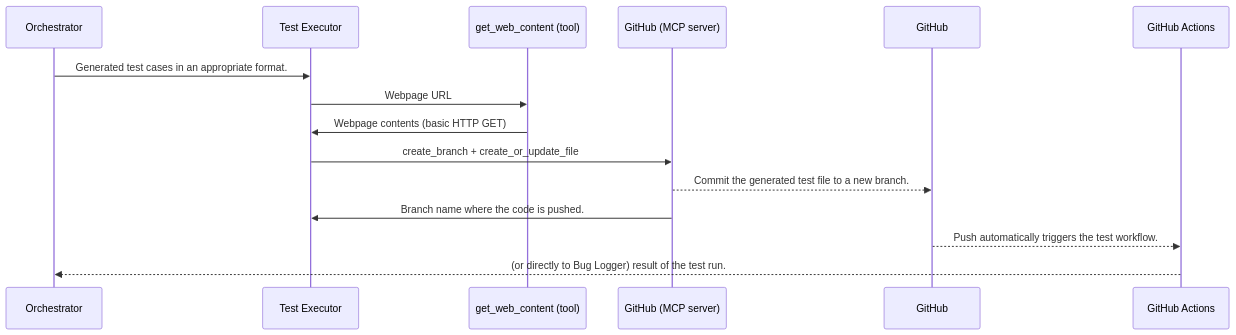
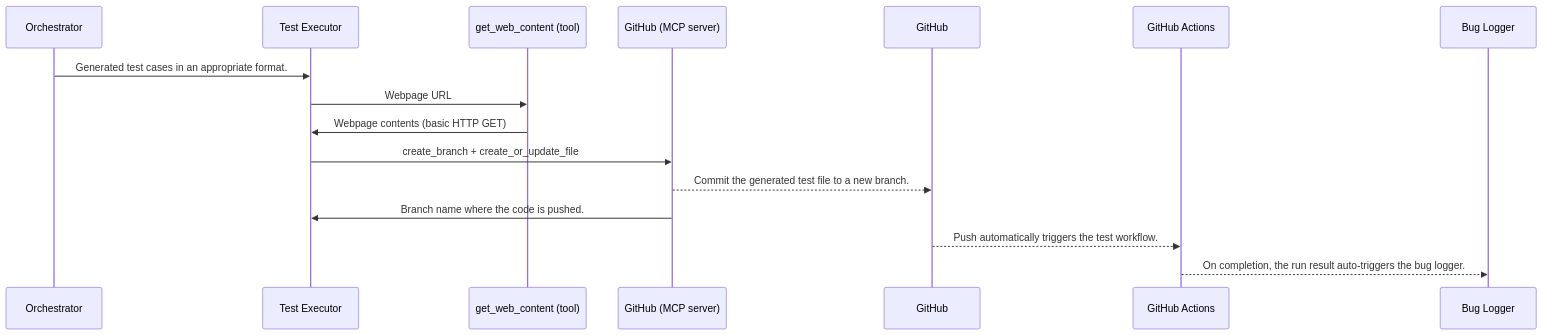
Before and after one commit to yashovardhan99/stlc-foundry-solution: the diagram in README.md, drawn with Mermaid. The commit also changed other lines of this file and 10 other files, not shown here.

````diff
--- a/README.md
+++ b/README.md
@@ -23,11 +23,11 @@
 ``` mermaid
 sequenceDiagram
     Orchestrator ->> Test Executor: Generated test cases in an appropriate format.
     Test Executor ->> get_web_content (tool): Webpage URL
     get_web_content (tool) ->> Test Executor: Webpage contents (basic HTTP GET)
     Test Executor ->> GitHub (MCP server): create_branch + create_or_update_file
     GitHub (MCP server) -->> GitHub: Commit the generated test file to a new branch.
     GitHub (MCP server) ->> Test Executor: Branch name where the code is pushed.
     GitHub -->> GitHub Actions: Push automatically triggers the test workflow.
-    GitHub Actions -->> Orchestrator: (or directly to Bug Logger) result of the test run.
+    GitHub Actions -->> Bug Logger: On completion, the run result auto-triggers the bug logger.
 ```
````
